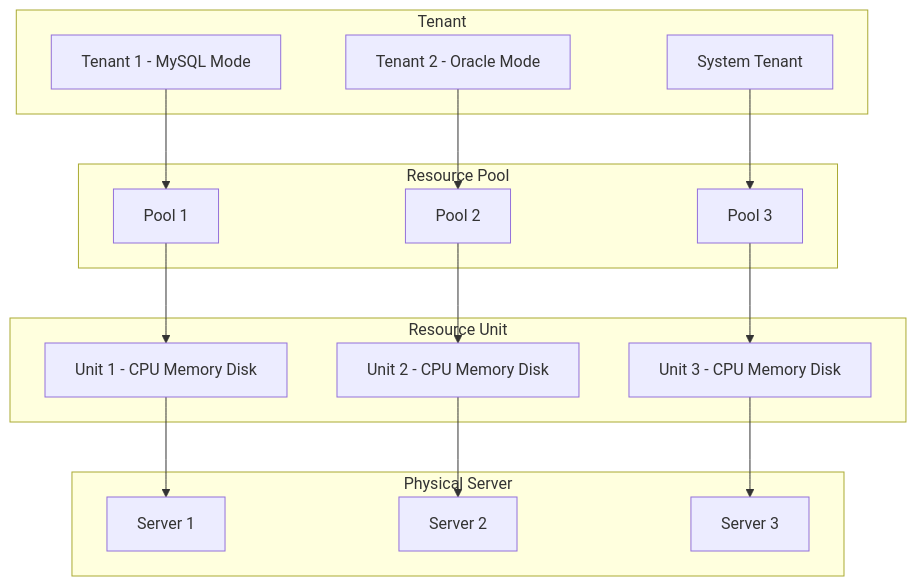
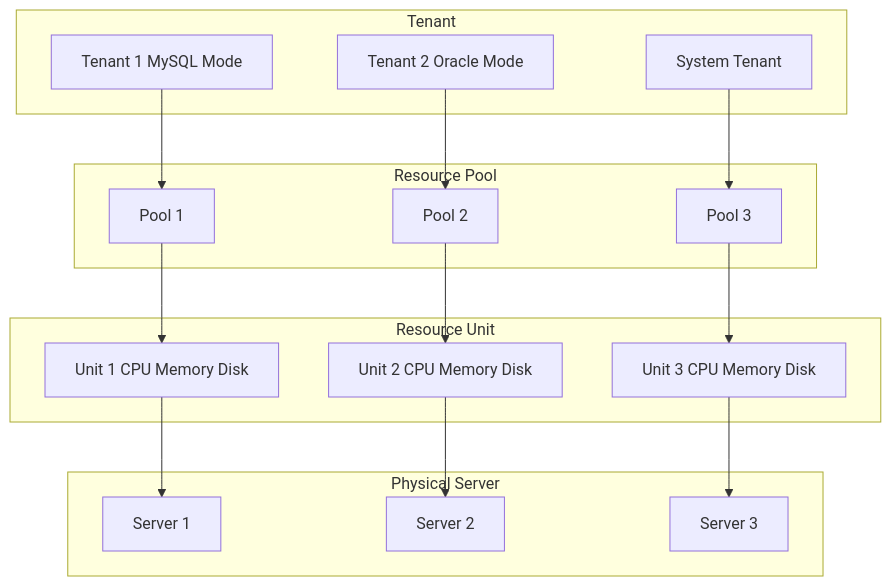
One commit to jackysp/blog changed the third of 8 diagrams in content/posts/2026-01-17-oceanbase-internals-transaction-replay-sql-unit-placement.md. Above: the diagram before and after it, drawn with Mermaid. The commit also changed other lines of this file, not shown here.

Commit message:
Publish: OceanBase Internals: Transactions, Replay, SQL Engine, and Unit Placement

````diff
--- a/content/posts/2026-01-17-oceanbase-internals-transaction-replay-sql-unit-placement.md
+++ b/content/posts/2026-01-17-oceanbase-internals-transaction-replay-sql-unit-placement.md
@@ -107,38 +107,38 @@
 ```mermaid
 graph TB
     subgraph Tenant["Tenant"]
-        T1["Tenant 1 - MySQL Mode"]
-        T2["Tenant 2 - Oracle Mode"]
+        T1["Tenant 1 MySQL Mode"]
+        T2["Tenant 2 Oracle Mode"]
         T3["System Tenant"]
     end
     
     subgraph Pool["Resource Pool"]
         RP1["Pool 1"]
         RP2["Pool 2"]
         RP3["Pool 3"]
     end
     
     subgraph Unit["Resource Unit"]
-        U1["Unit 1 - CPU Memory Disk"]
-        U2["Unit 2 - CPU Memory Disk"]
-        U3["Unit 3 - CPU Memory Disk"]
+        U1["Unit 1 CPU Memory Disk"]
+        U2["Unit 2 CPU Memory Disk"]
+        U3["Unit 3 CPU Memory Disk"]
     end
     
     subgraph Server["Physical Server"]
         S1["Server 1"]
         S2["Server 2"]
         S3["Server 3"]
     end
     
     T1 --> RP1
     T2 --> RP2
     T3 --> RP3
     
     RP1 --> U1
     RP2 --> U2
     RP3 --> U3
     
     U1 --> S1
     U2 --> S2
     U3 --> S3
 ```
````
